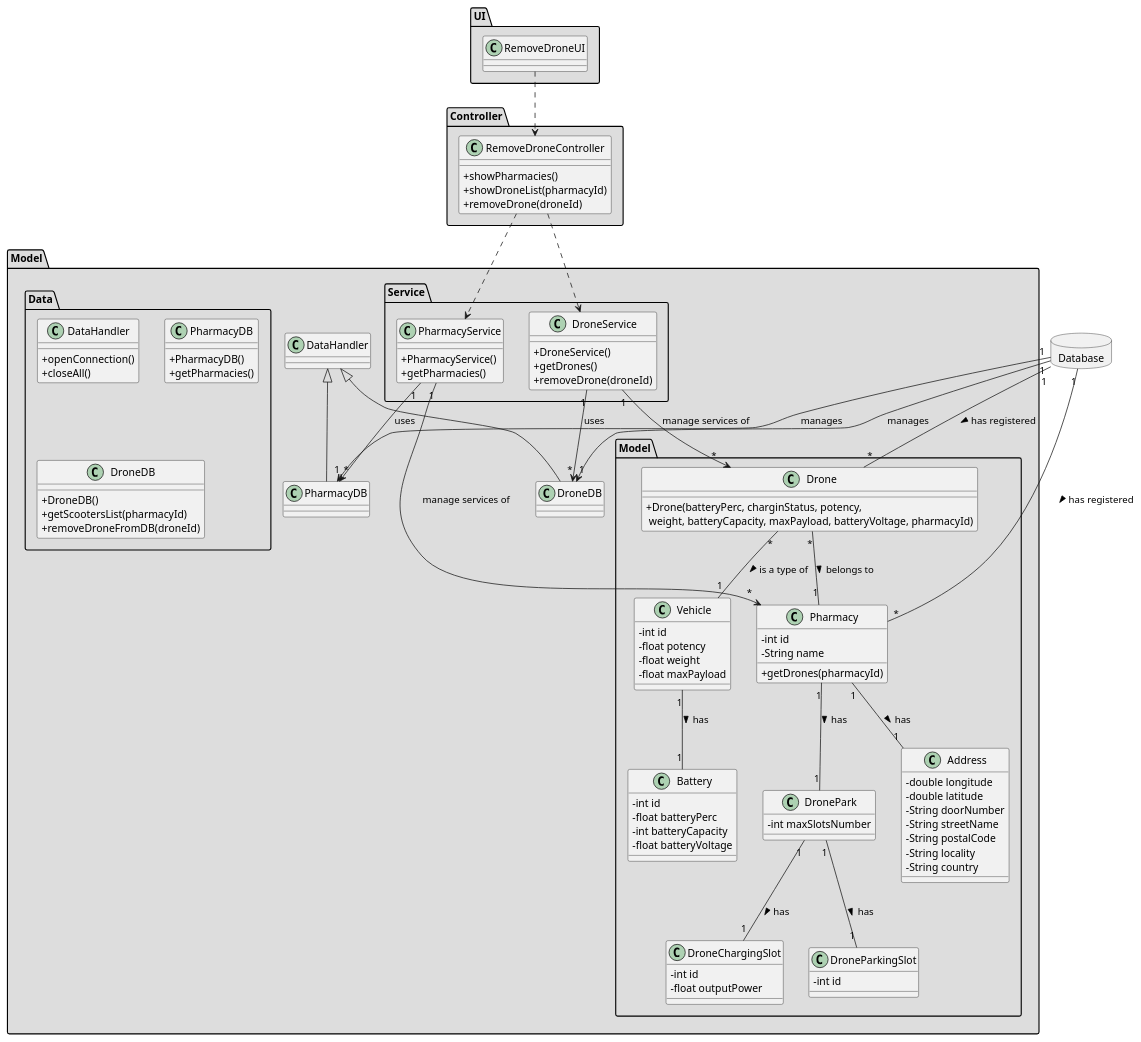
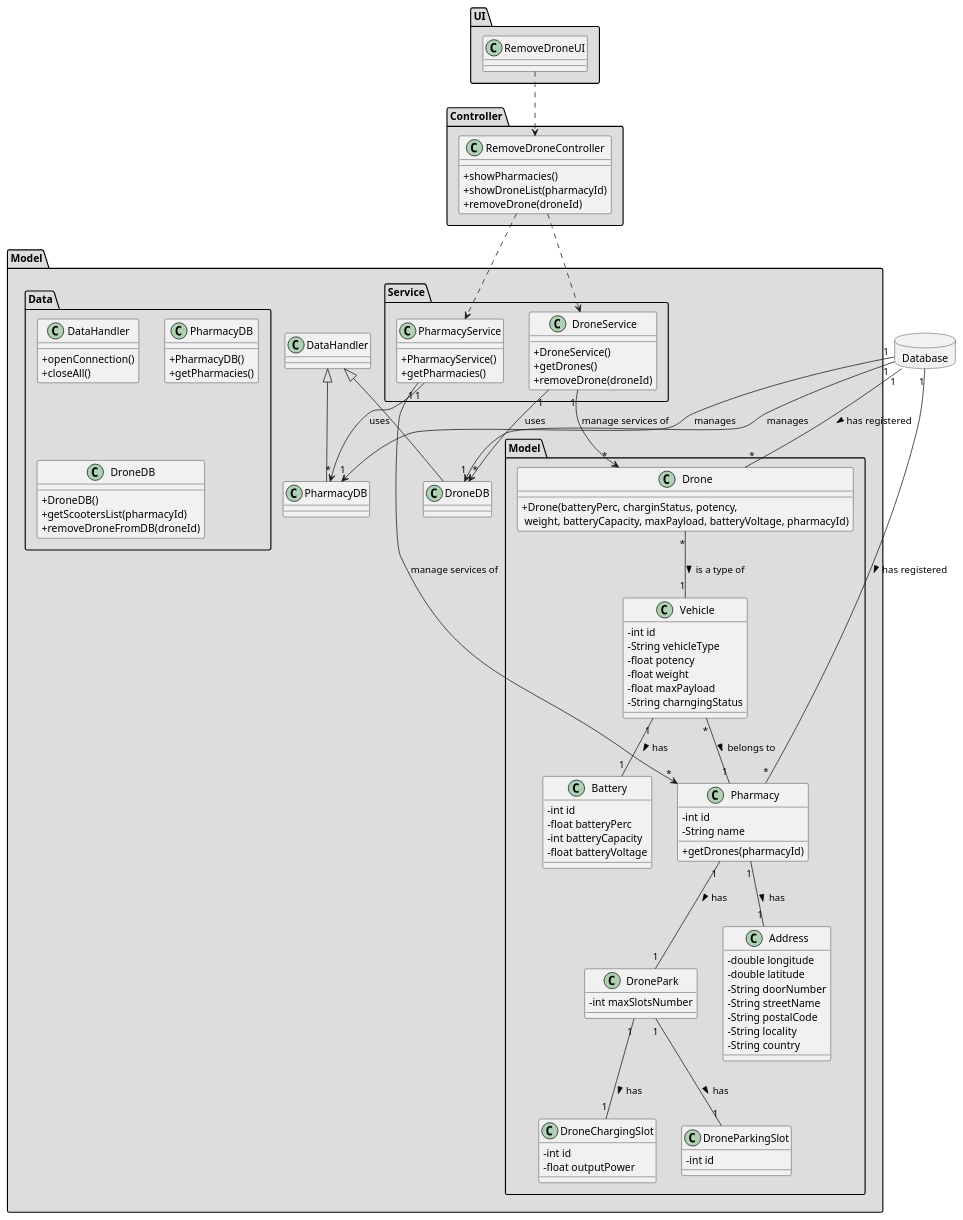
Before and after one commit to tiagoavcosta25/LAPR3: the diagram in docs/Iteration 2/Drone Management/US194_RemoveDrone/US194_CD.puml, drawn with PlantUML. The commit also changed 1 other file, not shown here.

Commit message:
LAPR2AP2-264 #fixing Remove Drone [Deisgn]

```diff
--- a/docs/Iteration 2/Drone Management/US194_RemoveDrone/US194_CD.puml
+++ b/docs/Iteration 2/Drone Management/US194_RemoveDrone/US194_CD.puml
@@ -1,126 +1,128 @@
 @startuml
 skinparam classAttributeIconSize 0
 
 database Database {
 }
 
 package "UI" #DDDDDD {
 class RemoveDroneUI{
 }
 }
 
 package "Controller" #DDDDDD {
 class RemoveDroneController{
 +showPharmacies()
 +showDroneList(pharmacyId)
 +removeDrone(droneId)
 }
 }
 
 
 package "Model" #DDDDDD {
  package "Service" #DDDDDD {
   class PharmacyService{
       +PharmacyService()
       +getPharmacies()
   }
 
   class DroneService{
       +DroneService()
       +getDrones()
       +removeDrone(droneId)
    }
 }
 
 package "Model" #DDDDDD {
 class DronePark{
 -   int maxSlotsNumber
 }
 
 class DroneChargingSlot{
 -   int id
 -   float outputPower
 }
 
 class DroneParkingSlot{
 -   int id
 }
 
 class Drone{
   +Drone(batteryPerc, charginStatus, potency,\n weight, batteryCapacity, maxPayload, batteryVoltage, pharmacyId)
 }
 
 class Vehicle{
   -int id
+  -String vehicleType
   -float potency
   -float weight
   -float maxPayload
+  -String charngingStatus
 }
 
 class Battery{
   -int id
   -float batteryPerc
   -int batteryCapacity
   -float batteryVoltage
 }
 
 class Address{
   -double longitude
   -double latitude
   -String doorNumber
   -String streetName
   -String postalCode
   -String locality
   -String country
 }
 
 class Pharmacy {
   -int id
   -String name
   +getDrones(pharmacyId)
 }
 }
 
 
 package "Data" #DDDDDD {
 class DataHandler{
     +openConnection()
     +closeAll()
 }
 class PharmacyDB{
      +PharmacyDB()
      +getPharmacies()
  }
 
  class DroneDB{
      +DroneDB()
      +getScootersList(pharmacyId)
      +removeDroneFromDB(droneId)
   }
 }
 
 class PharmacyDB extends DataHandler
 class DroneDB extends DataHandler
 
 RemoveDroneUI ..> RemoveDroneController
 RemoveDroneController ..> PharmacyService
 RemoveDroneController ..> DroneService
 Database "1" --> "1" PharmacyDB : manages
 Database "1" --> "1" DroneDB : manages
 PharmacyService "1" --> "*" PharmacyDB : uses
 DroneService "1" --> "*" DroneDB : uses
 PharmacyService "1" --> "*" Pharmacy : manage services of
 DroneService "1" --> "*" Drone : manage services of
 
 Database "1" -- "*" Pharmacy : has registered >
 Database "1" -- "*" Drone : has registered >
 
 Vehicle "1" -- "1" Battery : has >
 Drone "*" -- "1" Vehicle : is a type of >
-Drone "*" -- "1" Pharmacy : belongs to >
+Vehicle "*" -- "1" Pharmacy : belongs to >
 Pharmacy "1" -- "1" Address : has >
 Pharmacy "1" -- "1" DronePark : has >
 DronePark "1" -- "1" DroneChargingSlot : has >
 DronePark "1" -- "1" DroneParkingSlot : has >
 
 @enduml
```
